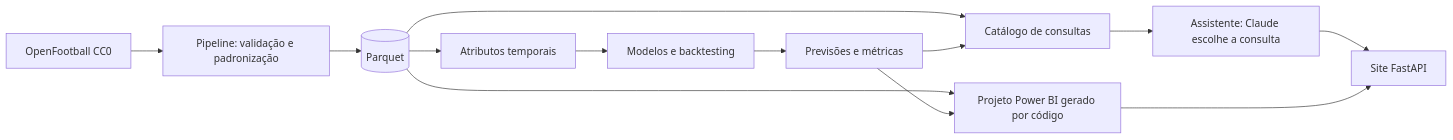
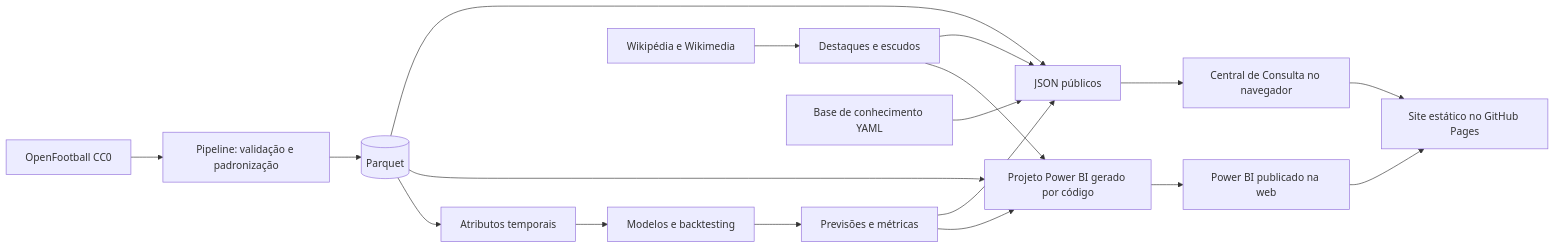
The diagram in README.md (vinriibeiro/alem-do-placar), drawn with Mermaid before and after one commit. The commit also changed other lines of this file and 19 other files, not shown here.

First line of the commit message:
docs(T010): auditoria de ciência de dados, dicionário, README, publicação no GitHub Pages

````diff
--- a/README.md
+++ b/README.md
@@ -38,15 +67,20 @@
 ```mermaid
 flowchart LR
     A[OpenFootball CC0] --> B[Pipeline: validação e padronização]
     B --> C[(Parquet)]
     C --> D[Atributos temporais]
     D --> E[Modelos e backtesting]
     E --> F[Previsões e métricas]
-    C --> G[Catálogo de consultas]
-    F --> G
-    G --> H[Assistente: Claude escolhe a consulta]
+    W[Wikipédia e Wikimedia] --> X[Destaques e escudos]
     C --> I[Projeto Power BI gerado por código]
     F --> I
-    H --> J[Site FastAPI]
-    I --> J
+    X --> I
+    C --> J[JSON públicos]
+    F --> J
+    X --> J
+    K[Base de conhecimento YAML] --> J
+    J --> L[Central de Consulta no navegador]
+    I --> M[Power BI publicado na web]
+    L --> N[Site estático no GitHub Pages]
+    M --> N
 ```
````
